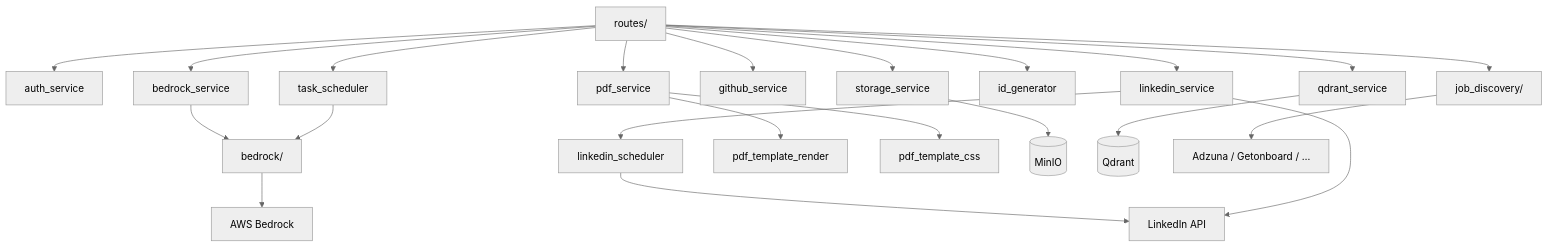
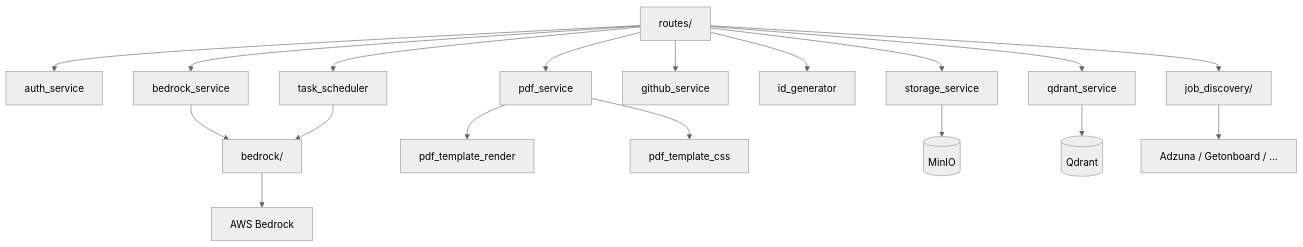
Before and after one commit to cjhirashi/cjhirashi-career: the diagram in cjhirashi-career-api/src/services/README.md, drawn with Mermaid (neutral theme). The commit also changed other lines of this file and 59 other files, not shown here.

Commit message:
feat!: retirar la publicación de posts de LinkedIn (panel, API, agente L3, tools Bedrock, sección sec-6, scheduler y tablas linkedin_posts/linkedin_connections); queda solo el blog del portafolio (publications)

````diff
--- a/cjhirashi-career-api/src/services/README.md
+++ b/cjhirashi-career-api/src/services/README.md
@@ -7,24 +7,20 @@
 ```mermaid
 flowchart TB
     Routes[routes/] --> AuthS[auth_service]
     Routes --> BedrockS[bedrock_service]
     Routes --> Storage[storage_service]
     Routes --> PDF[pdf_service]
     Routes --> GH[github_service]
-    Routes --> LI[linkedin_service]
     Routes --> IDs[id_generator]
     Routes --> Qdrant[qdrant_service]
     BedrockS --> Harness[bedrock/]
     Routes --> JD[job_discovery/]
     Routes --> TaskSched[task_scheduler]
-    LI --> Sched[linkedin_scheduler]
     TaskSched --> Harness
     PDF --> Render[pdf_template_render]
     PDF --> CSS[pdf_template_css]
     Harness --> AWS[AWS Bedrock]
     Storage --> MinIO[(MinIO)]
     Qdrant --> Q[(Qdrant)]
     JD --> Boards[Adzuna / Getonboard / …]
-    Sched --> LIAPI[LinkedIn API]
-    LI --> LIAPI
 ```
````
